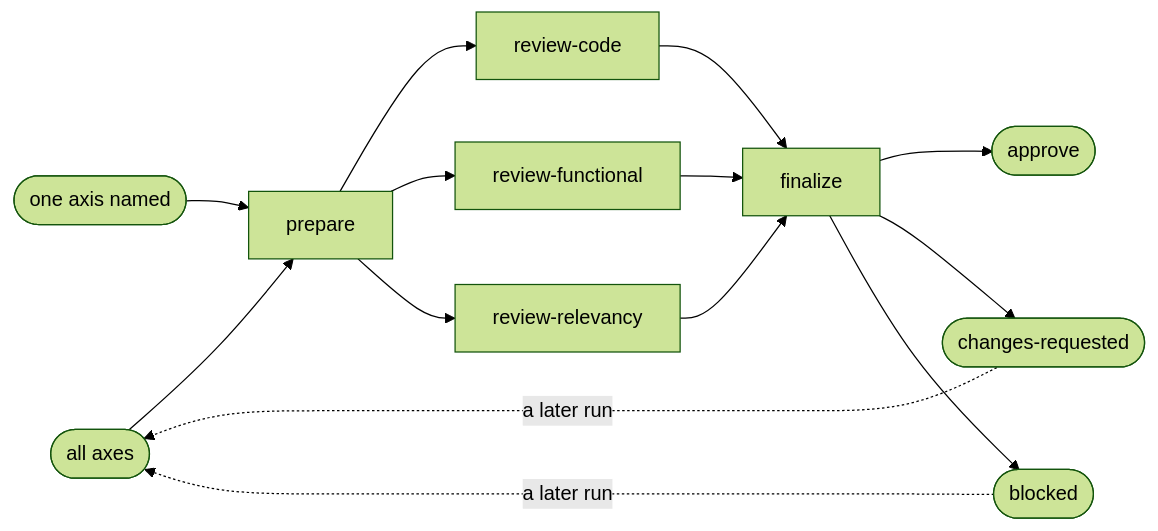
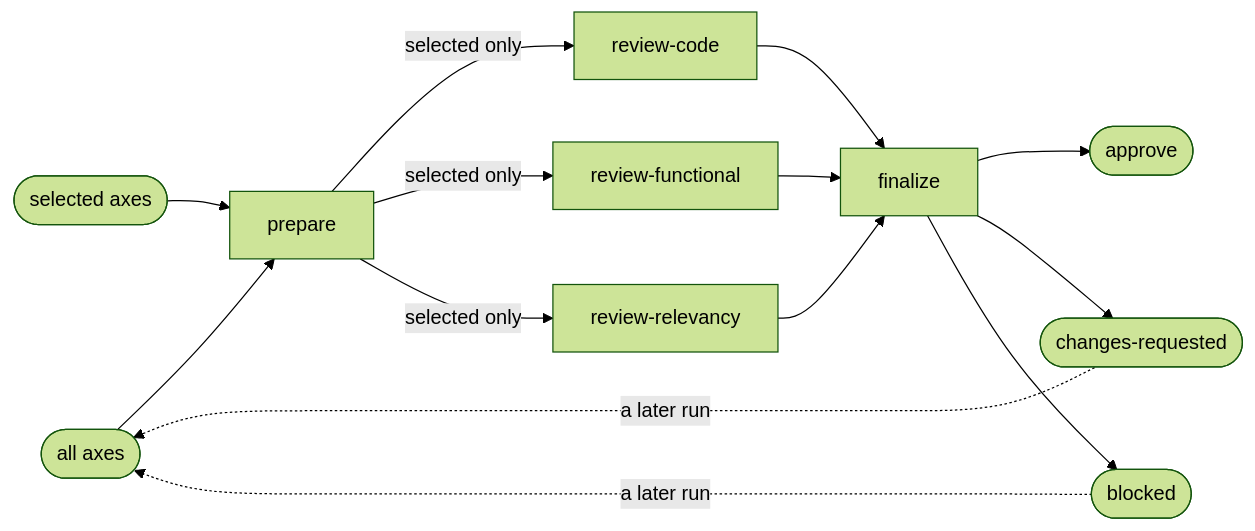
One commit to ai-driven-dev/framework changed the diagram in plugins/aidd-dev/skills/05-review/SKILL.md. Above: the diagram before and after it, drawn with Mermaid (forest theme). The commit also changed 20 other files, not shown here.

````diff
--- a/plugins/aidd-dev/skills/05-review/SKILL.md
+++ b/plugins/aidd-dev/skills/05-review/SKILL.md
@@ -9,11 +9,11 @@
 ```mermaid
 flowchart LR
   all([all axes]) --> prepare
-  one([one axis named]) --> prepare
-  prepare --> review-code & review-functional & review-relevancy --> finalize
+  one([selected axes]) --> prepare
+  prepare -->|selected only| review-code & review-functional & review-relevancy --> finalize
   finalize --> approve([approve])
   finalize --> changes([changes-requested])
   finalize --> blocked([blocked])
   changes -.->|a later run| all
   blocked -.->|a later run| all
 ```
````
